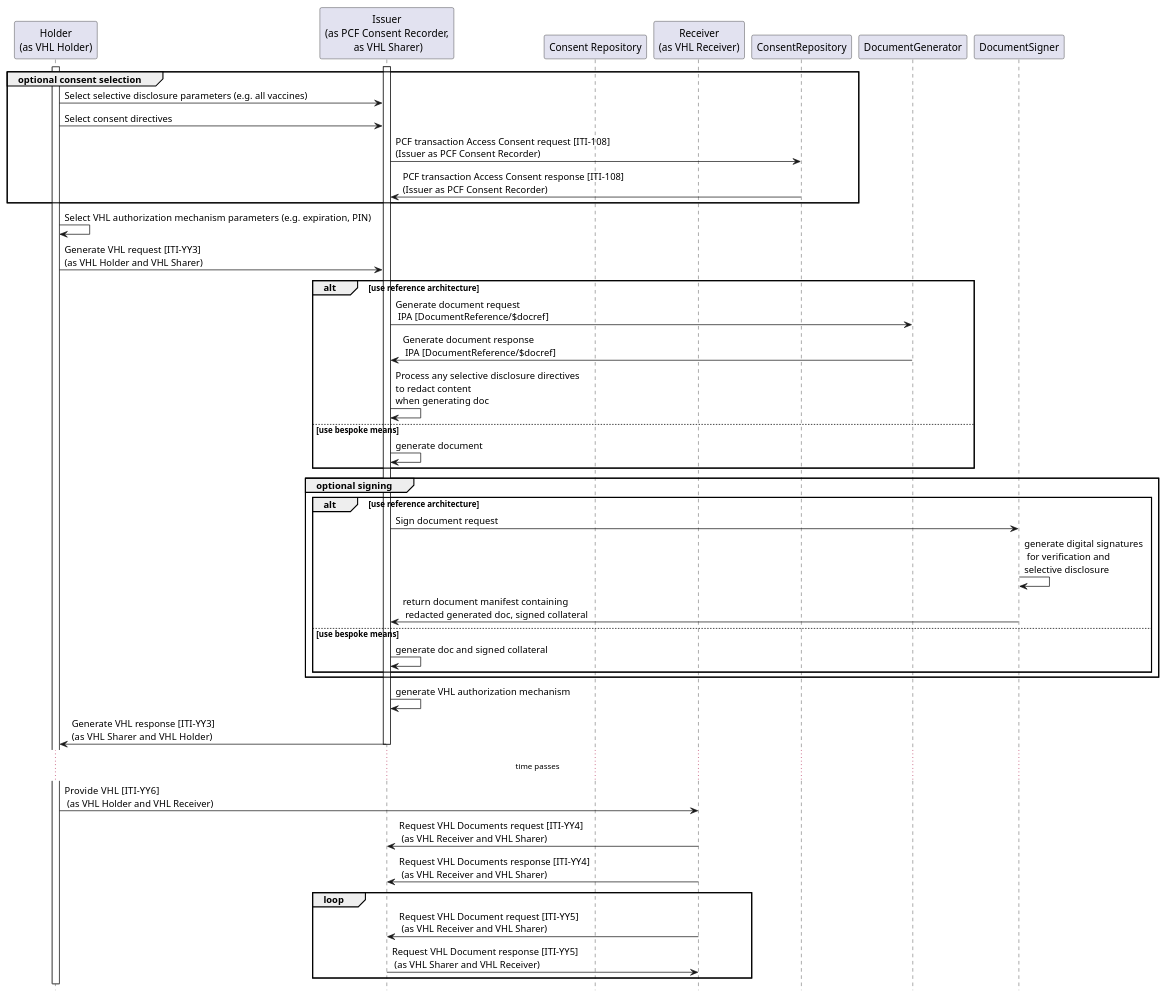
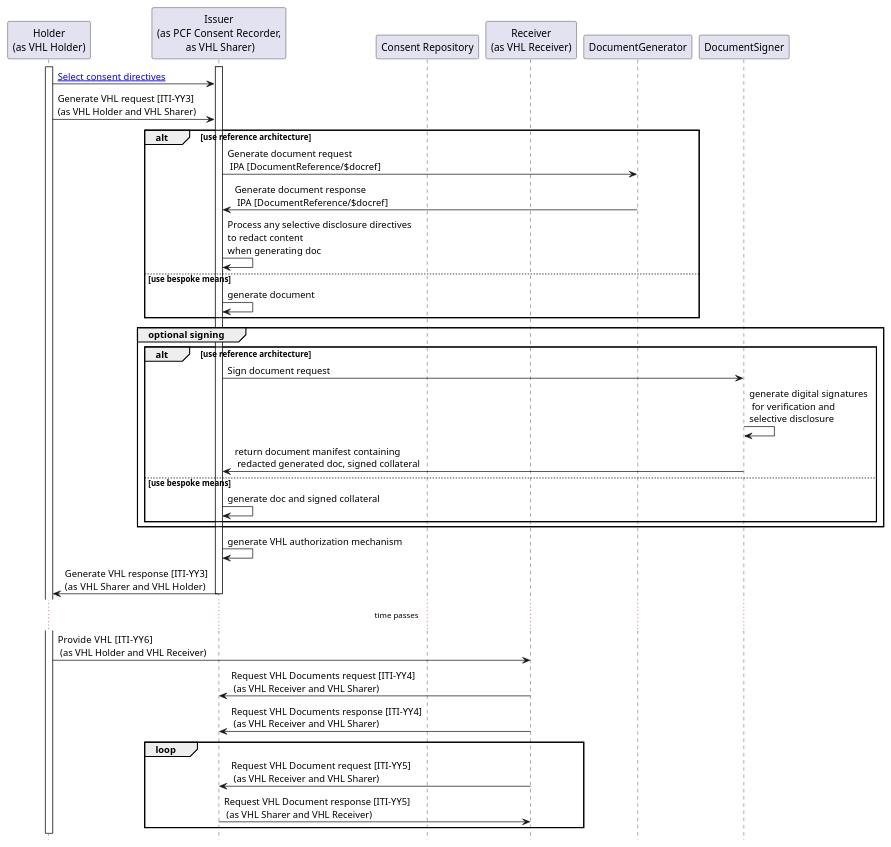
Before and after one commit to litlfred/smart-trust-phw: the diagram in input/images-source/generate-use-vhl-with-consent-and-selective-disclosure.plantuml, drawn with PlantUML. The commit also changed 3 other files, not shown here.

Commit message:
added some diagrams

```diff
--- a/input/images-source/generate-use-vhl-with-consent-and-selective-disclosure.plantuml
+++ b/input/images-source/generate-use-vhl-with-consent-and-selective-disclosure.plantuml
@@ -1,55 +1,50 @@
 @startuml
 skinparam svgDimensionStyle false
 hide footbox
 participant "Holder\n(as VHL Holder)" as Holder
 participant "Issuer\n(as PCF Consent Recorder,\n as VHL Sharer)" as Issuer
 participant "Consent Repository" as PCFConsentRepository
 participant "Receiver\n(as VHL Receiver)" as Receiver
 
 activate Holder
 activate Issuer
 
 
-group optional consent selection
-  Holder -> Issuer : Select selective disclosure parameters (e.g. all vaccines)
-  Holder -> Issuer : Select consent directives			
-  Issuer -> ConsentRepository: PCF transaction Access Consent request [ITI-108]\n(Issuer as PCF Consent Recorder)
-  ConsentRepository -> Issuer: PCF transaction Access Consent response [ITI-108]\n(Issuer as PCF Consent Recorder)			
-end group
+Holder -> Issuer : [[#consent-selection.png Select consent directives]]			
 
-Holder -> Holder : Select VHL authorization mechanism parameters (e.g. expiration, PIN)
+
 Holder -> Issuer : Generate VHL request [ITI-YY3] \n(as VHL Holder and VHL Sharer)				
 alt use reference architecture
   Issuer -> DocumentGenerator: Generate document request\n IPA [DocumentReference/$docref]
   DocumentGenerator -> Issuer: Generate document response\n IPA [DocumentReference/$docref]
 Issuer -> Issuer: Process any selective disclosure directives\nto redact content\nwhen generating doc
 
 else use bespoke means
   Issuer -> Issuer : generate document
 end
 
 group optional signing
   alt use reference architecture			
     Issuer -> DocumentSigner: Sign document request
     DocumentSigner -> DocumentSigner: generate digital signatures\n for verification and\nselective disclosure
     DocumentSigner -> Issuer: return document manifest containing\n redacted generated doc, signed collateral
   else use bespoke means
     Issuer -> Issuer: generate doc and signed collateral
   end					
 end 
 					
 Issuer -> Issuer : generate VHL authorization mechanism		
 		
 Issuer -> Holder : Generate VHL response [ITI-YY3] \n(as  VHL Sharer and VHL Holder)
 deactivate Issuer
 ... time passes ...				
 
 Holder -> Receiver : Provide VHL  [ITI-YY6]\n (as VHL Holder and VHL Receiver)
 Receiver -> Issuer : Request VHL Documents request [ITI-YY4]\n (as VHL Receiver and VHL Sharer)
 Receiver -> Issuer : Request VHL Documents response [ITI-YY4]\n (as VHL Receiver and VHL Sharer)
 loop
  Receiver -> Issuer : Request VHL Document request [ITI-YY5]\n (as VHL Receiver and VHL Sharer)
  Issuer -> Receiver : Request VHL Document response [ITI-YY5]\n (as VHL Sharer and VHL Receiver)
 end loop
 
 @enduml
```
